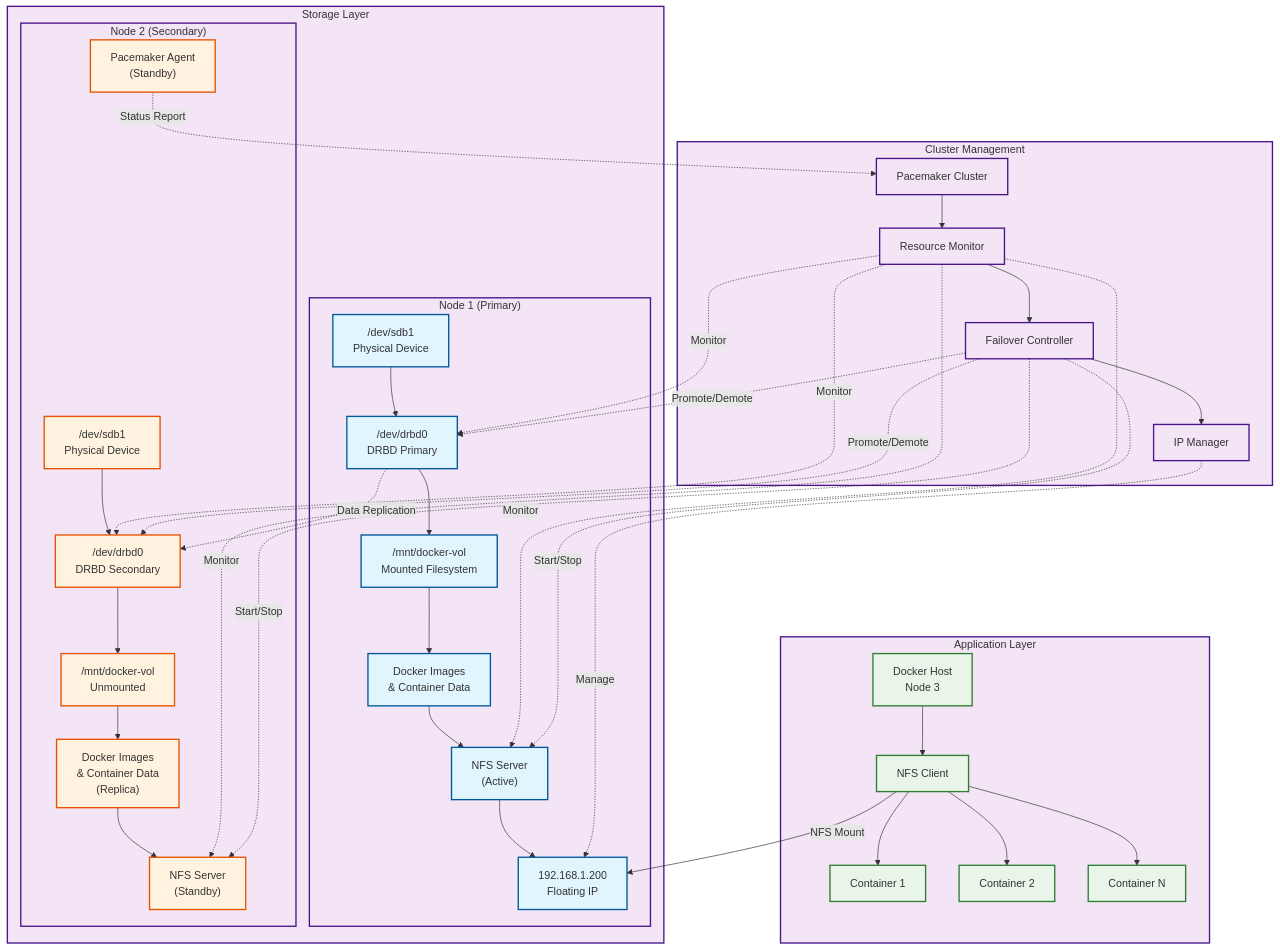
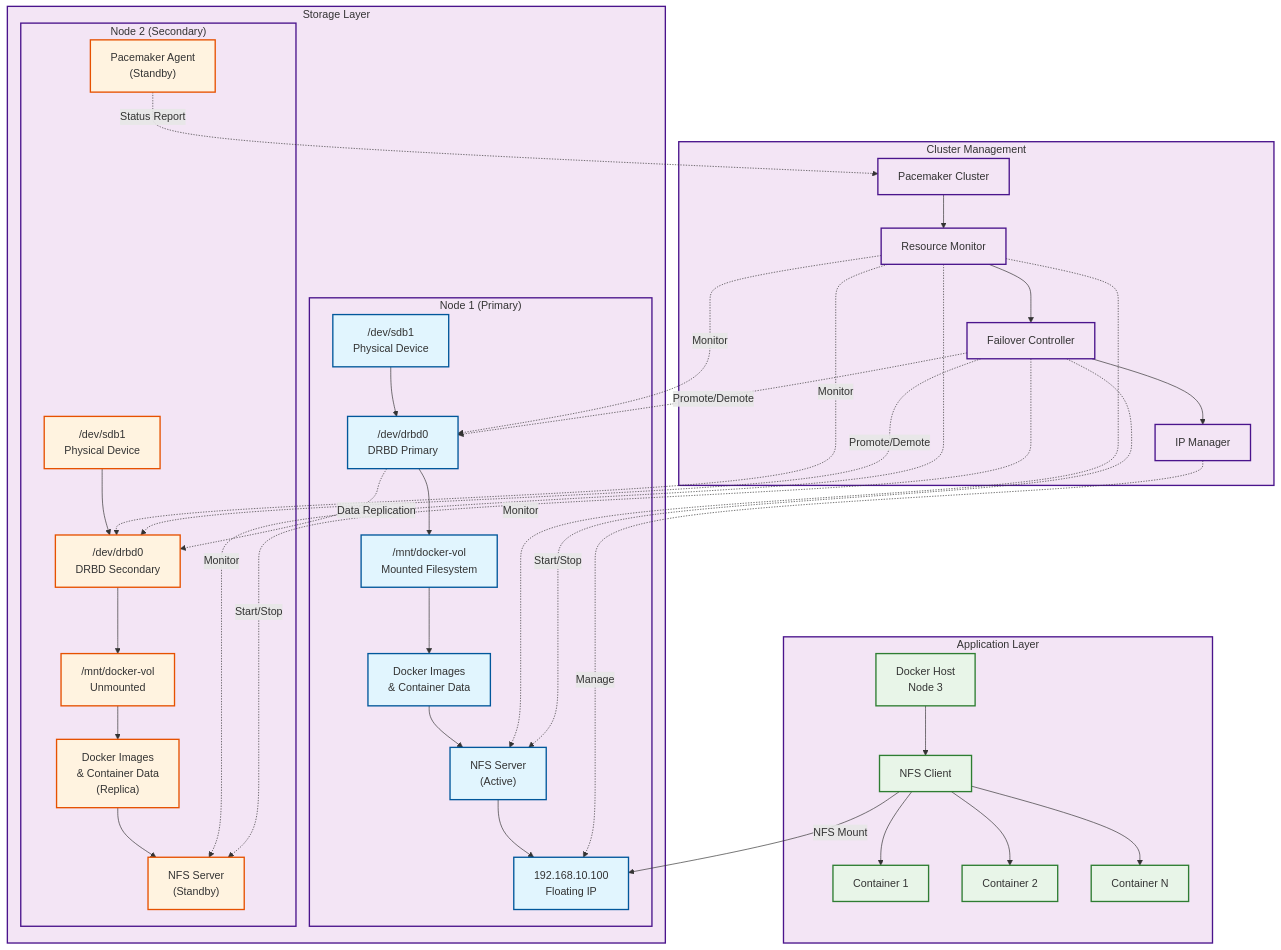
Before and after one commit to incogniadev/DRBD: the diagram in README.md, drawn with Mermaid. The commit also changed other lines of this file, not shown here.

```diff
--- a/README.md
+++ b/README.md
@@ -33,7 +33,7 @@
             A3["/mnt/docker-vol<br/>Mounted Filesystem"]
             A3a["Docker Images<br/>& Container Data"]
             A4["NFS Server<br/>(Active)"]
-            A5["192.168.1.200<br/>Floating IP"]
+            A5["192.168.10.100<br/>Floating IP"]
         end
         
         subgraph N2 ["Node 2 (Secondary)"]
```
